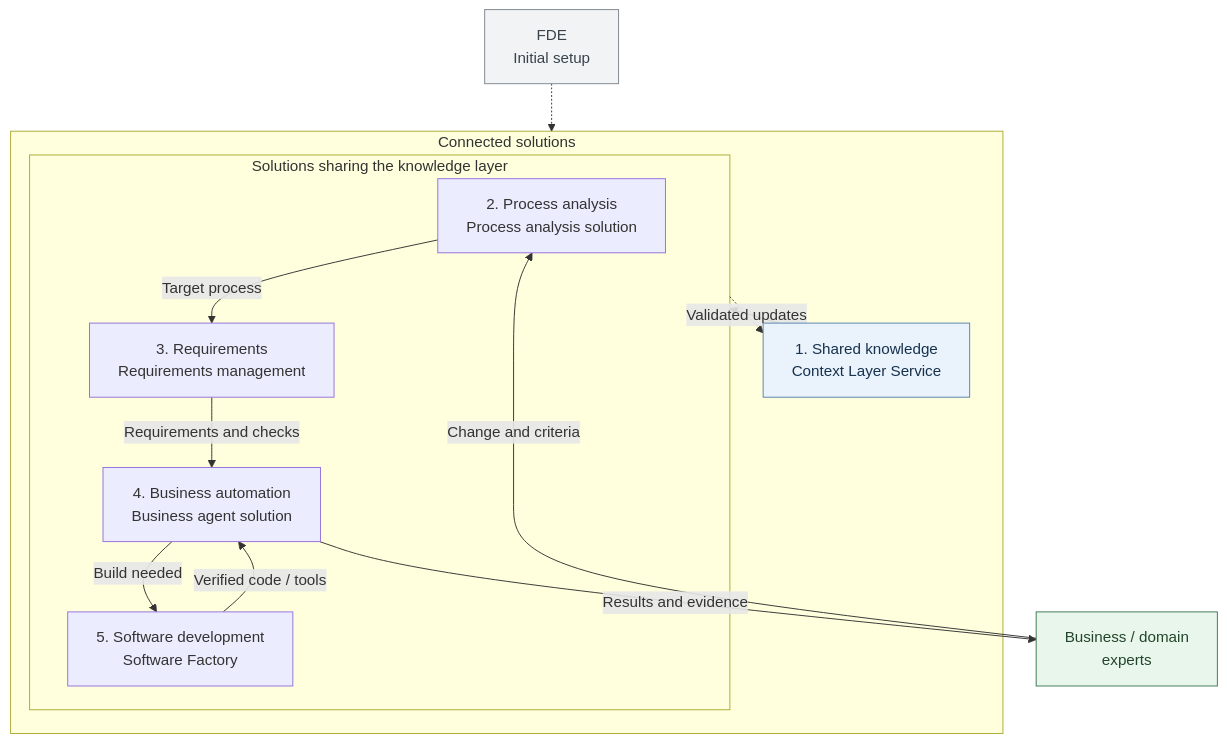
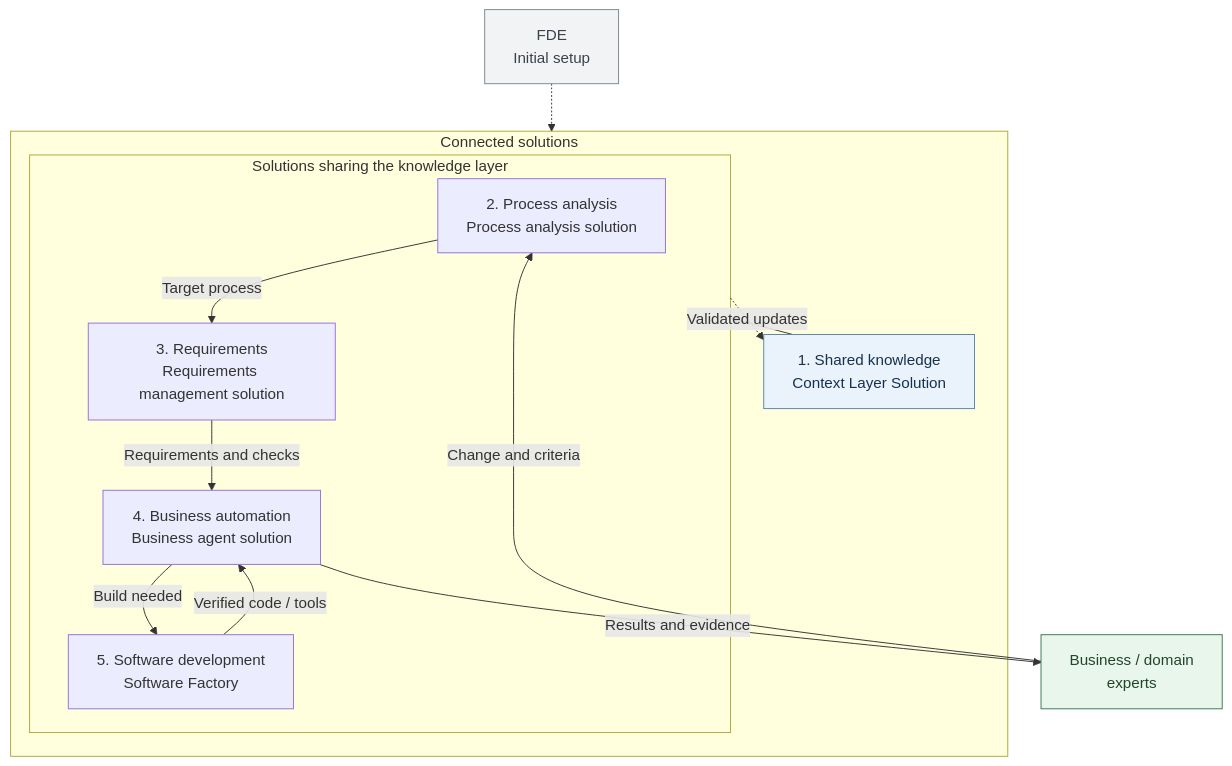
Before and after one commit to haandol/haandol.github.com: the third of 6 diagrams in _en/2026-11-05-enterprise-wide-ax-essentials.md, drawn with Mermaid. The commit also changed other lines of this file and 2 other files, not shown here.

````diff
--- a/_en/2026-11-05-enterprise-wide-ax-essentials.md
+++ b/_en/2026-11-05-enterprise-wide-ax-essentials.md
@@ -99,24 +99,24 @@
 ```mermaid
 flowchart TB
   FDE["FDE<br/>Initial setup"] -.-> S
   subgraph S["Connected solutions"]
-    K["1. Shared knowledge<br/>Context Layer Service"]
+    K["1. Shared knowledge<br/>Context Layer Solution"]
     subgraph W["Solutions sharing the knowledge layer"]
-      P["2. Process analysis<br/>Process analysis solution"] -->|"Target process"| R["3. Requirements<br/>Requirements management"]
+      P["2. Process analysis<br/>Process analysis solution"] -->|"Target process"| R["3. Requirements<br/>Requirements management solution"]
       R -->|"Requirements and checks"| A["4. Business automation<br/>Business agent solution"]
       A -->|"Build needed"| F["5. Software development<br/>Software Factory"]
       F -->|"Verified code / tools"| A
     end
     K --> W
     W -.->|"Validated updates"| K
     K ~~~ P
   end
   U["Business / domain<br/>experts"] -->|"Change and criteria"| P
   A -->|"Results and evidence"| U
   classDef expert fill:#e9f6ec,stroke:#3c7754,color:#23452b
   classDef setup fill:#f1f3f5,stroke:#7d8790,color:#39434c
   classDef knowledge fill:#eaf2fb,stroke:#5683ac,color:#17324d
   class U expert
   class FDE setup
   class K knowledge
 ```
````
